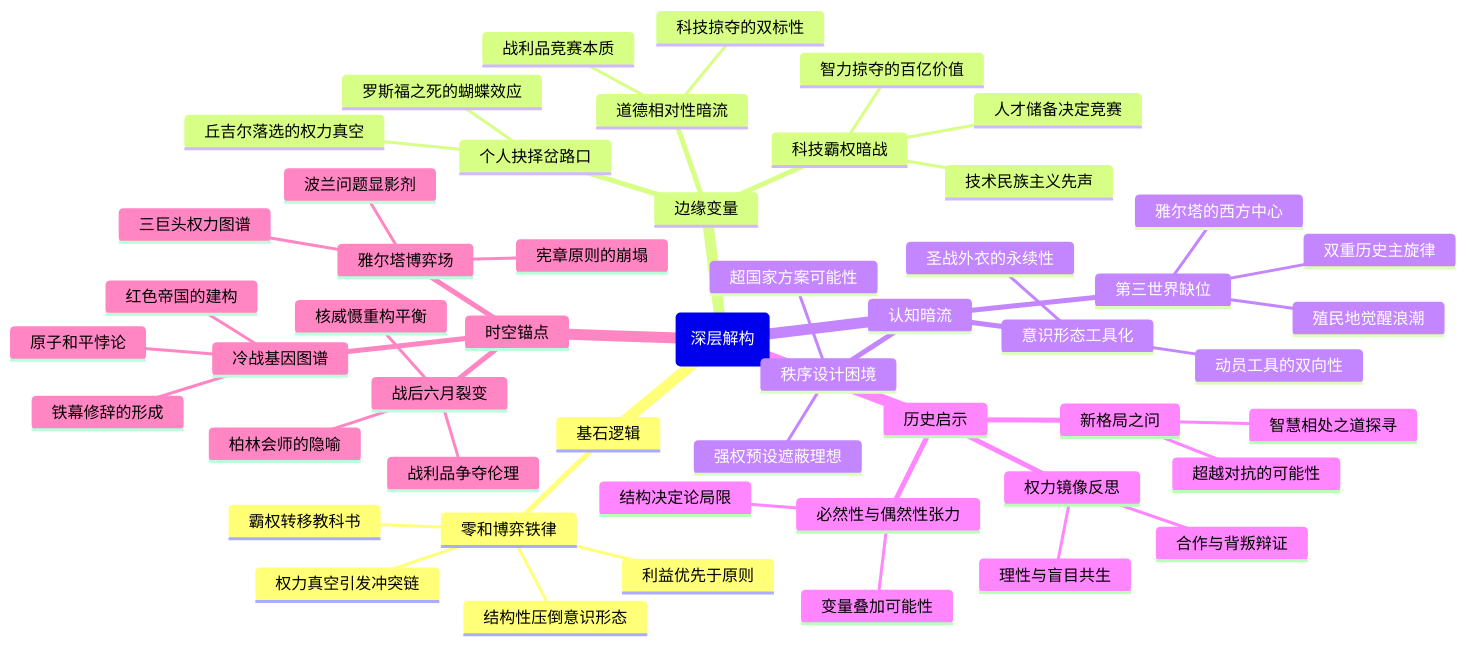
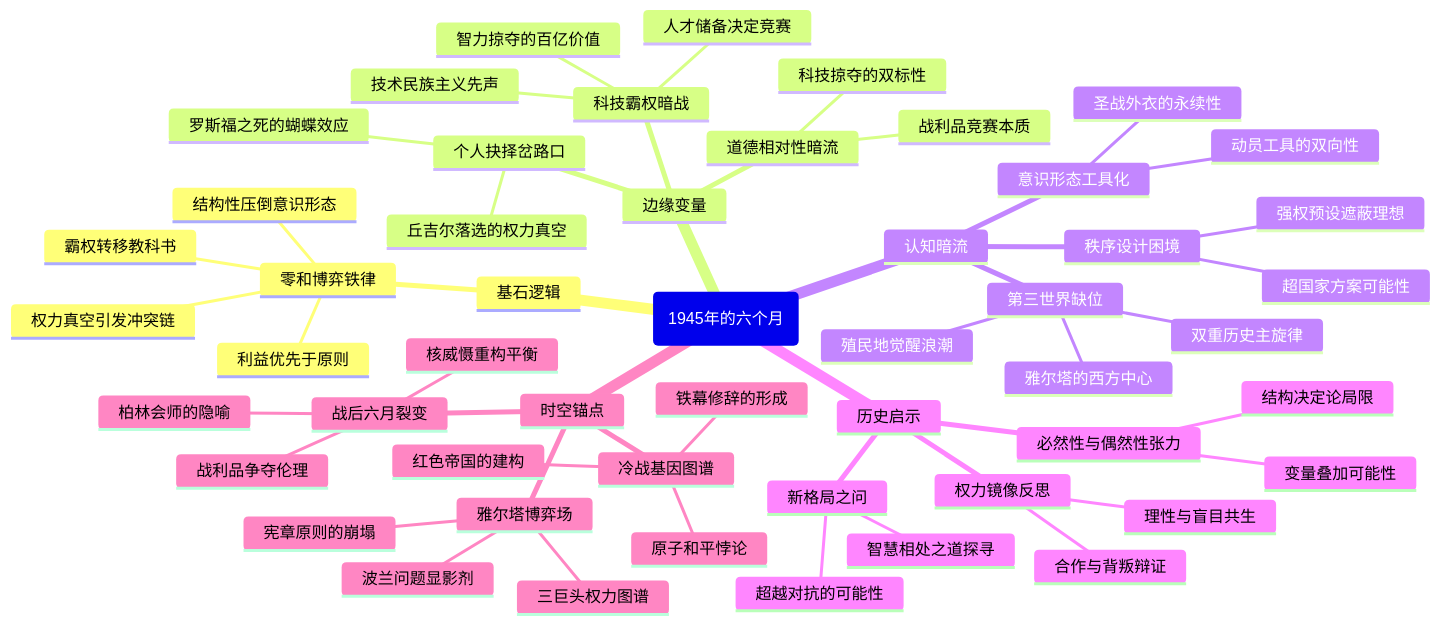
The diagram in 读书/世界历史/1945年的六个月.md (funloss/funKnowledge), drawn with Mermaid before and after one commit. The commit also changed 74 other files, not shown here.

````diff
--- a/读书/世界历史/1945年的六个月.md
+++ b/读书/世界历史/1945年的六个月.md
@@ -3,55 +3,55 @@
 ```mermaid
 mindmap
-  root(深层解构)
+  root(1945年的六个月)
     基石逻辑
       零和博弈铁律
         权力真空引发冲突链
         结构性压倒意识形态
         利益优先于原则
         霸权转移教科书
     边缘变量
       个人抉择岔路口
         罗斯福之死的蝴蝶效应
         丘吉尔落选的权力真空
       道德相对性暗流
         科技掠夺的双标性
         战利品竞赛本质
       科技霸权暗战
         智力掠夺的百亿价值
         人才储备决定竞赛
         技术民族主义先声
     认知暗流
       意识形态工具化
         动员工具的双向性
         圣战外衣的永续性
       第三世界缺位
         雅尔塔的西方中心
         殖民地觉醒浪潮
         双重历史主旋律
       秩序设计困境
         强权预设遮蔽理想
         超国家方案可能性
     历史启示
       必然性与偶然性张力
         结构决定论局限
         变量叠加可能性
       权力镜像反思
         理性与盲目共生
         合作与背叛辩证
       新格局之问
         超越对抗的可能性
         智慧相处之道探寻
     时空锚点
       雅尔塔博弈场
         三巨头权力图谱
         波兰问题显影剂
         宪章原则的崩塌
       战后六月裂变
         核威慑重构平衡
         柏林会师的隐喻
         战利品争夺伦理
       冷战基因图谱
         铁幕修辞的形成
         红色帝国的建构
         原子和平悖论
 ``` 
````
